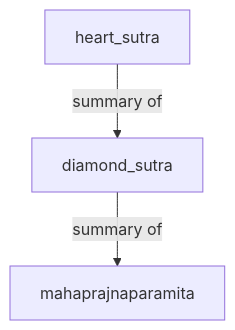
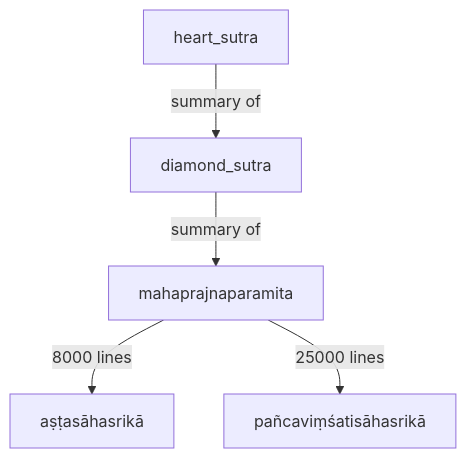
Before and after one commit to shane0/buddhism: the first of 4 diagrams in docs/books.md, drawn with Mermaid. The commit also changed 18 other files, not shown here.

````diff
--- a/docs/books.md
+++ b/docs/books.md
@@ -20,8 +20,13 @@
 ```mermaid
 graph TD
 heart_sutra
 -- summary of -->
 diamond_sutra
 -- summary of -->
 mahaprajnaparamita
+-- 8000 lines -->
+aṣṭasāhasrikā
+mahaprajnaparamita
+-- 25000 lines -->
+pañcaviṃśatisāhasrikā
 ```
````
